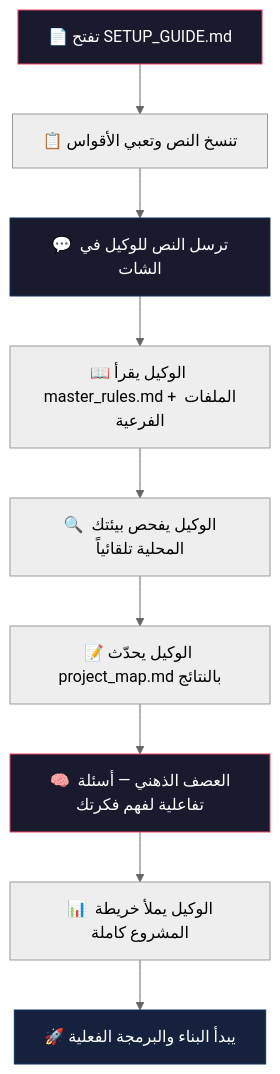
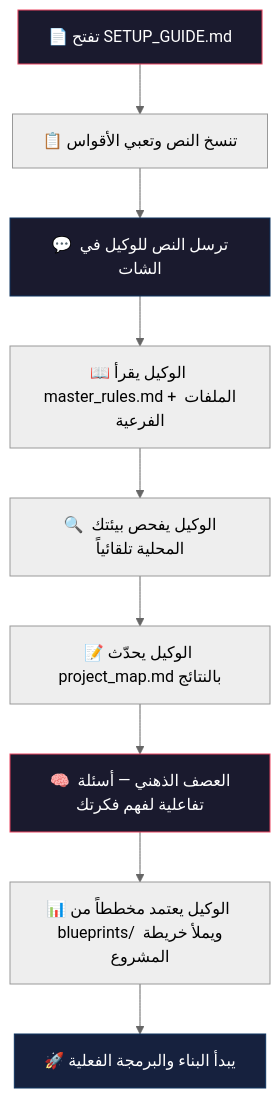
Before and after one commit to bmubook/ag-launchpad-ar: the second of 2 diagrams in SETUP_GUIDE.md, drawn with Mermaid (neutral theme). The commit also changed other lines of this file and 55 other files, not shown here.

````diff
--- a/SETUP_GUIDE.md
+++ b/SETUP_GUIDE.md
@@ -59,16 +214,16 @@
 ```mermaid
 flowchart TD
     A["📄 تفتح SETUP_GUIDE.md"] --> B["📋 تنسخ النص وتعبي الأقواس"]
     B --> C["💬 ترسل النص للوكيل في الشات"]
     C --> D["📖 الوكيل يقرأ master_rules.md + الملفات الفرعية"]
     D --> E["🔍 الوكيل يفحص بيئتك المحلية تلقائياً"]
     E --> F["📝 الوكيل يحدّث project_map.md بالنتائج"]
     F --> G["🧠 العصف الذهني — أسئلة تفاعلية لفهم فكرتك"]
-    G --> H["📊 الوكيل يملأ خريطة المشروع كاملة"]
+    G --> H["📊 الوكيل يعتمد مخططاً من blueprints/ ويملأ خريطة المشروع"]
     H --> I["🚀 يبدأ البناء والبرمجة الفعلية"]
 
     style A fill:#1a1a2e,stroke:#e94560,color:#fff
     style C fill:#1a1a2e,stroke:#0f3460,color:#fff
     style G fill:#1a1a2e,stroke:#e94560,color:#fff
     style I fill:#16213e,stroke:#0f3460,color:#fff
 ```
````
